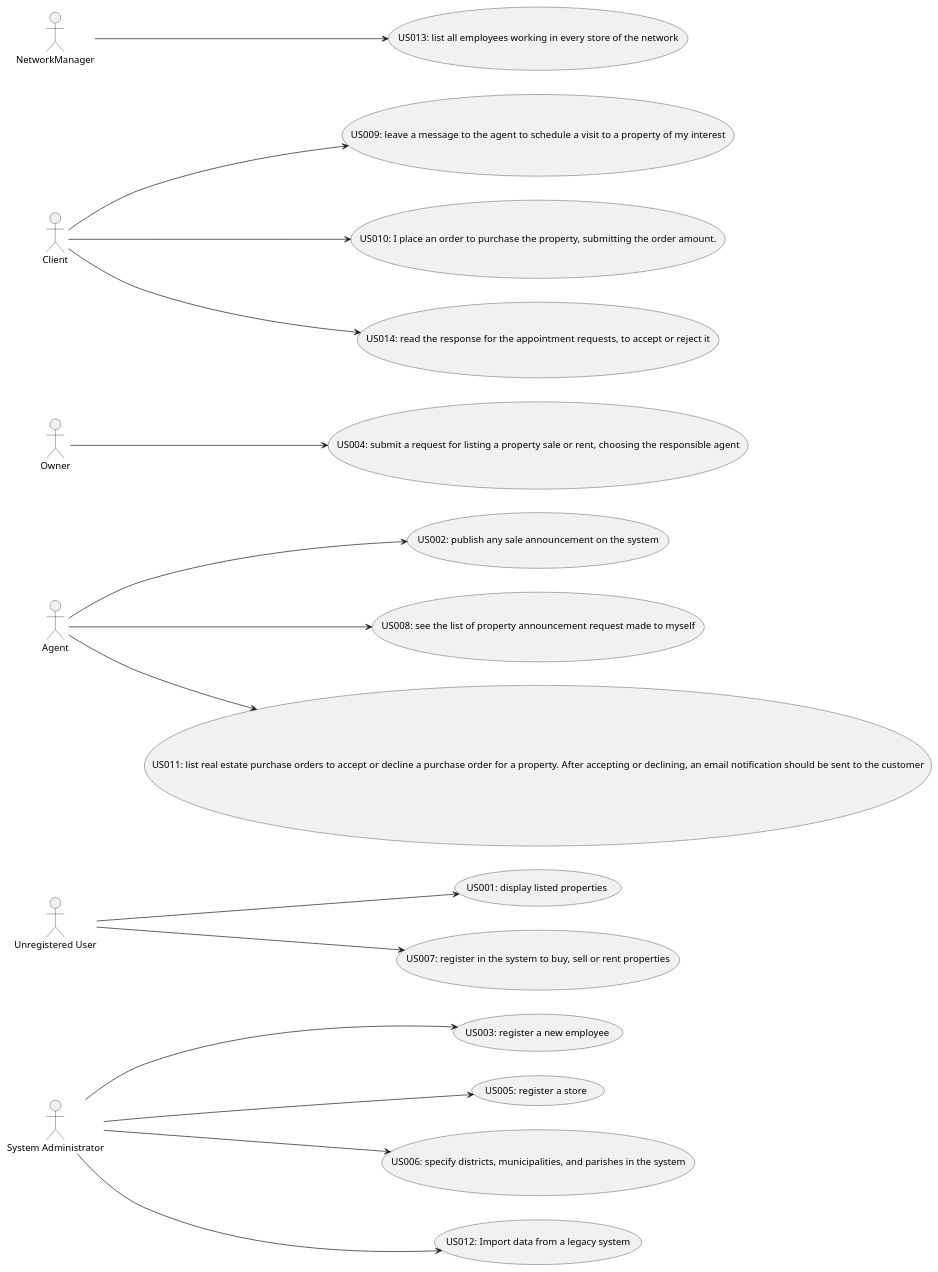
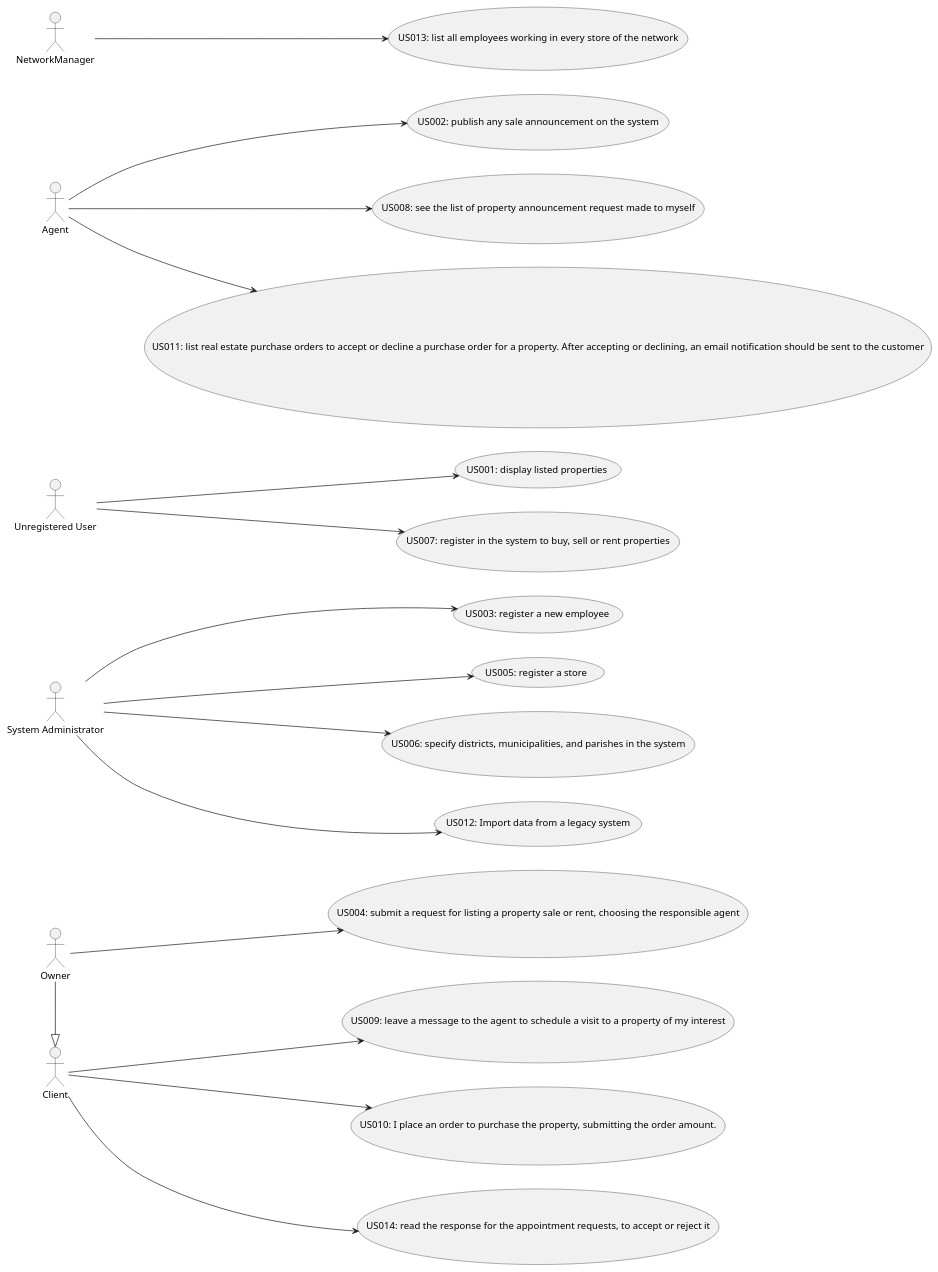
Before and after one commit to tiagohcorreia/LAPR2: the diagram in docs/sprintC/global-artifacts/01.requirements-engineering/puml/UCD.puml, drawn with PlantUML. The commit also changed 24 other files, not shown here.

```diff
--- a/docs/sprintC/global-artifacts/01.requirements-engineering/puml/UCD.puml
+++ b/docs/sprintC/global-artifacts/01.requirements-engineering/puml/UCD.puml
@@ -1,40 +1,41 @@
 @startuml
 
 :System Administrator: as Admin
 :Unregistered User: as UnregUser
 :Agent: as Agent
 :Owner: as Owner
+Owner -|> Client
 
 
 Left to right direction
 
 
 UnregUser --> (US001: display listed properties)
 
 Agent --> (US002: publish any sale announcement on the system)
 
 Admin --> (US003: register a new employee)
 
 Owner --> (US004: submit a request for listing a property sale or rent, choosing the responsible agent)
 
 Admin --> (US005: register a store)
 
 Admin --> (US006: specify districts, municipalities, and parishes in the system)
 
 UnregUser --> (US007: register in the system to buy, sell or rent properties)
 
 Agent --> (US008: see the list of property announcement request made to myself)
 
 Client --> (US009: leave a message to the agent to schedule a visit to a  property of my interest)
 
 Client --> (US010: I place an order to purchase the property, submitting the order amount.)
 
 Agent --> (US011: list real estate purchase orders to accept or decline a purchase order for a property. After accepting or declining, an email notification should be sent to the customer)
 
 Admin --> (US012: Import data from a legacy system)
 
 NetworkManager --> (US013: list all employees working in every store of the network)
 
 Client --> (US014: read the response for the appointment requests, to accept or reject it)
 
 @enduml
```
